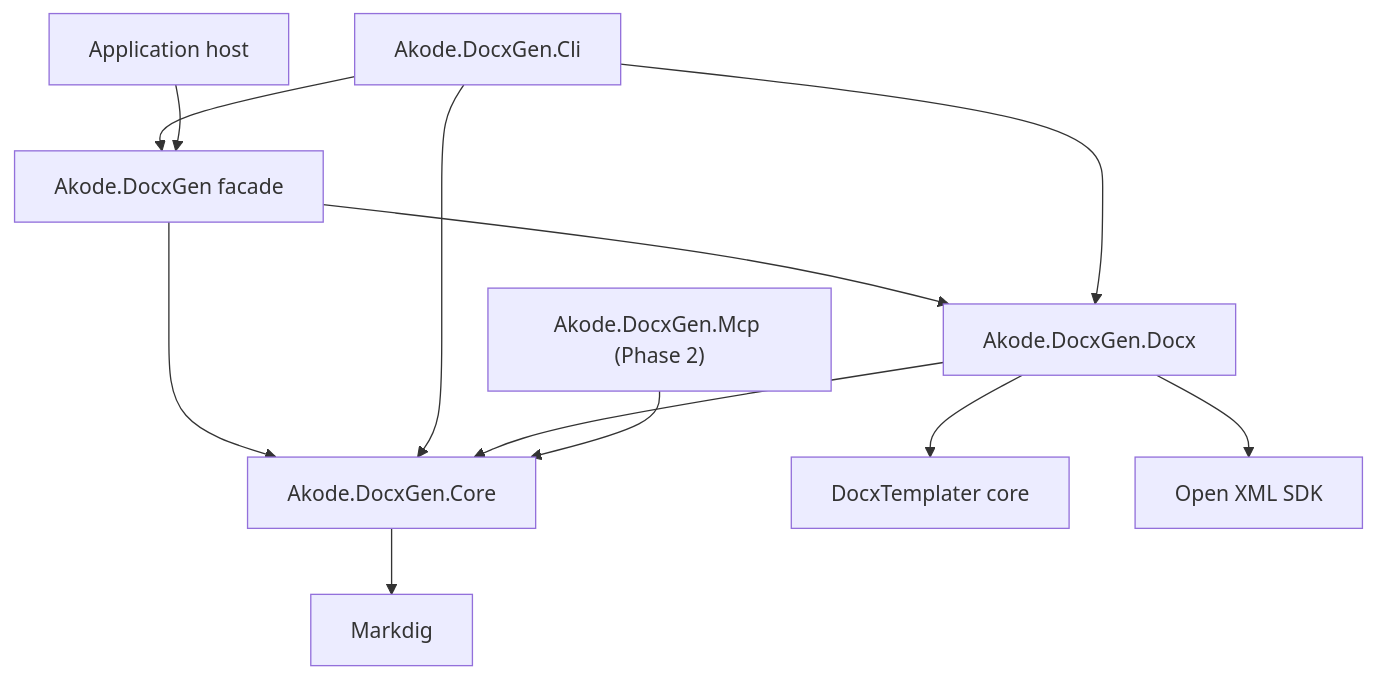
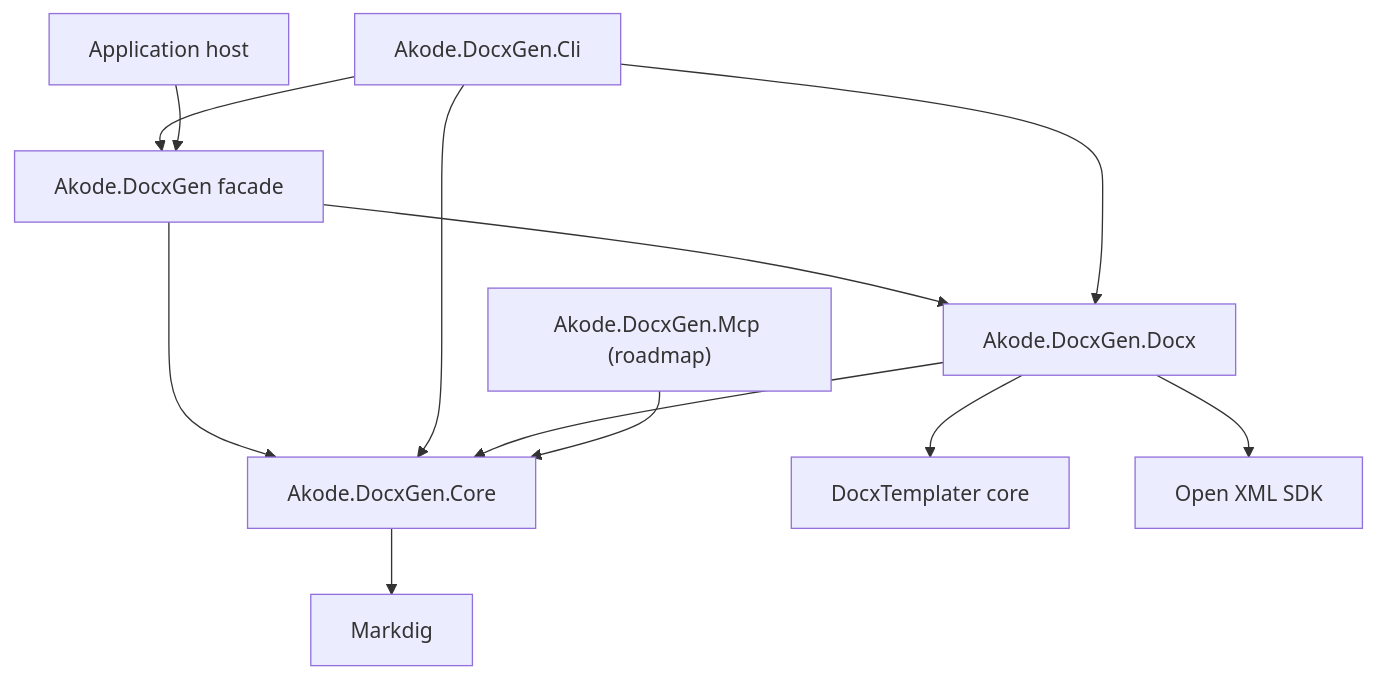
The second of 5 diagrams in docs/architecture.md (akode-dev/docxgen), drawn with Mermaid before and after one commit. The commit also changed other lines of this file and 50 other files, not shown here.

Commit message:
Prepare DocxGen 2.1 release

````diff
--- a/docs/architecture.md
+++ b/docs/architecture.md
@@ -29,14 +29,14 @@
 ```mermaid
 flowchart TD
     CLI["Akode.DocxGen.Cli"] --> Factory["Akode.DocxGen facade"]
     Host["Application host"] --> Factory
     Factory --> Core["Akode.DocxGen.Core"]
     Factory --> Docx["Akode.DocxGen.Docx"]
     CLI --> Core
     CLI --> Docx["Akode.DocxGen.Docx"]
     Docx --> Core
-    Mcp["Akode.DocxGen.Mcp (Phase 2)"] --> Core
+    Mcp["Akode.DocxGen.Mcp (roadmap)"] --> Core
     Docx --> DXT["DocxTemplater core"]
     Docx --> OX["Open XML SDK"]
     Core --> Markdig["Markdig"]
 ```
````
